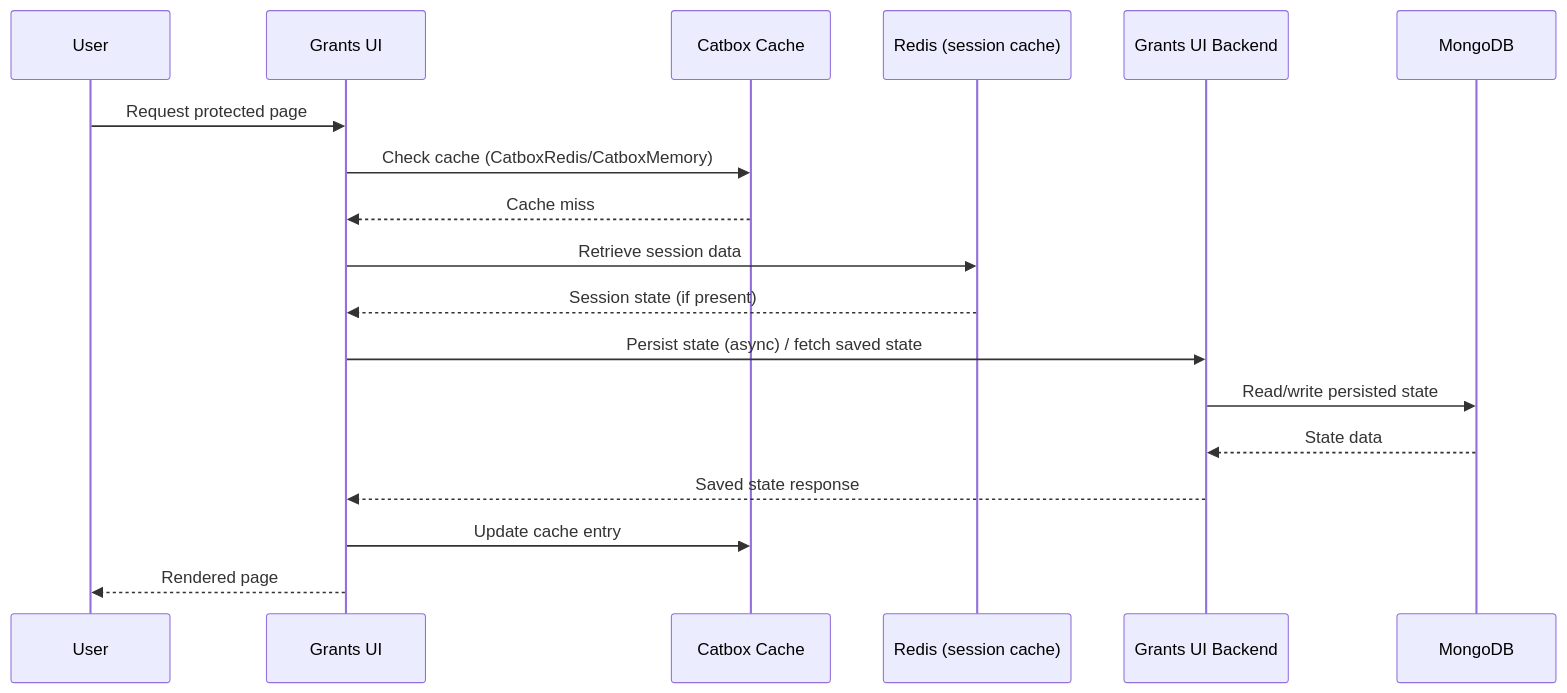
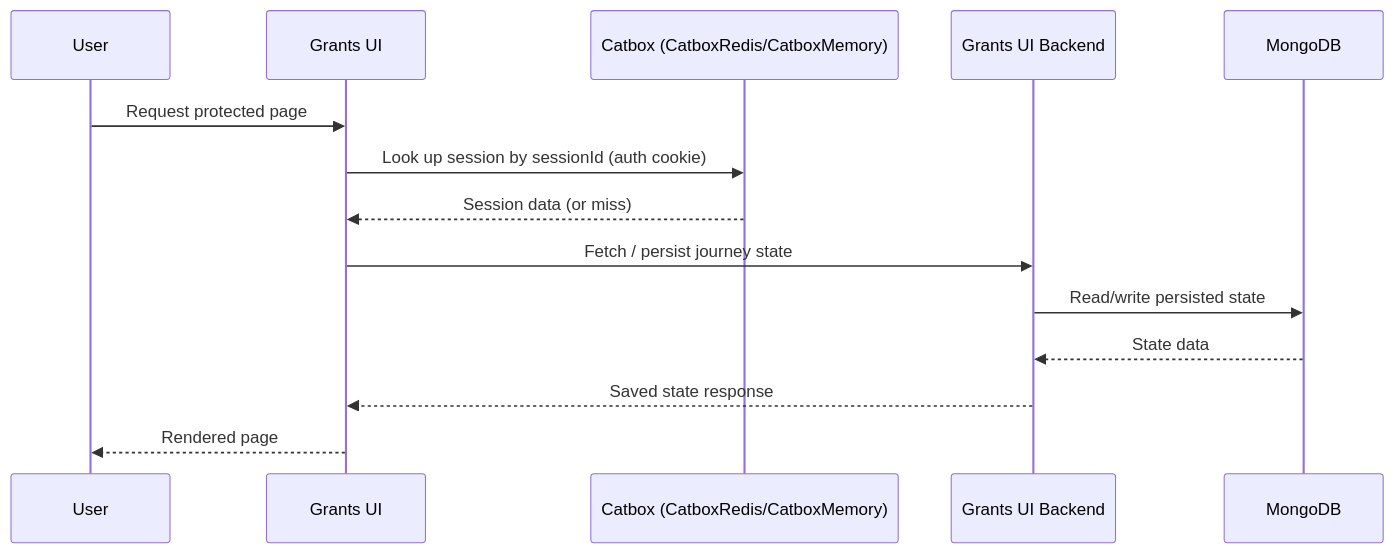
One commit to DEFRA/grants-ui changed the diagram in docs/AUTH-AND-SECURITY.md. Above: the diagram before and after it, drawn with Mermaid. The commit also changed other lines of this file and 12 other files, not shown here.

````diff
--- a/docs/AUTH-AND-SECURITY.md
+++ b/docs/AUTH-AND-SECURITY.md
@@ -241,21 +245,17 @@
 ```mermaid
 sequenceDiagram
   participant User
   participant UI as Grants UI
-  participant Catbox as Catbox Cache
-  participant Redis as Redis (session cache)
+  participant Cache as Catbox (CatboxRedis/CatboxMemory)
   participant Backend as Grants UI Backend
   participant Mongo as MongoDB
 
   User->>UI: Request protected page
-  UI->>Catbox: Check cache (CatboxRedis/CatboxMemory)
-  Catbox-->>UI: Cache miss
-  UI->>Redis: Retrieve session data
-  Redis-->>UI: Session state (if present)
-  UI->>Backend: Persist state (async) / fetch saved state
+  UI->>Cache: Look up session by sessionId (auth cookie)
+  Cache-->>UI: Session data (or miss)
+  UI->>Backend: Fetch / persist journey state
   Backend->>Mongo: Read/write persisted state
   Mongo-->>Backend: State data
   Backend-->>UI: Saved state response
-  UI->>Catbox: Update cache entry
   UI-->>User: Rendered page
 ```
````
